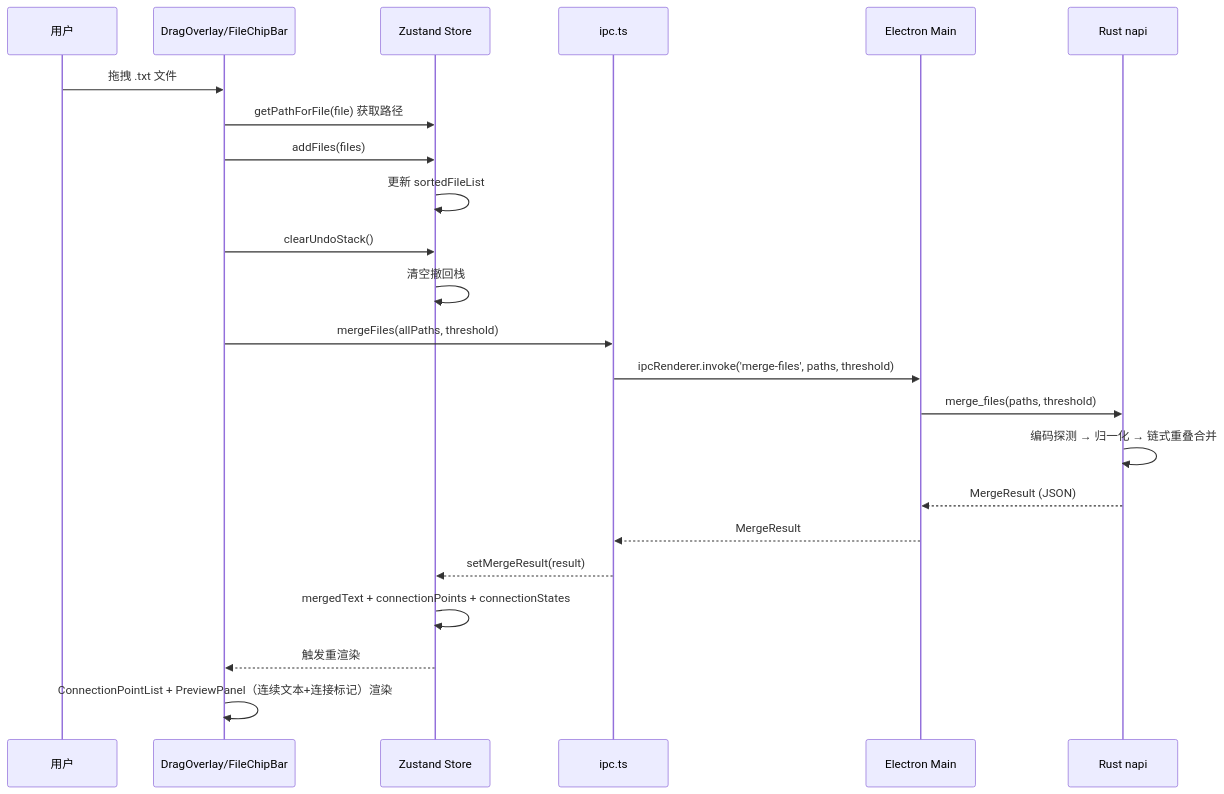
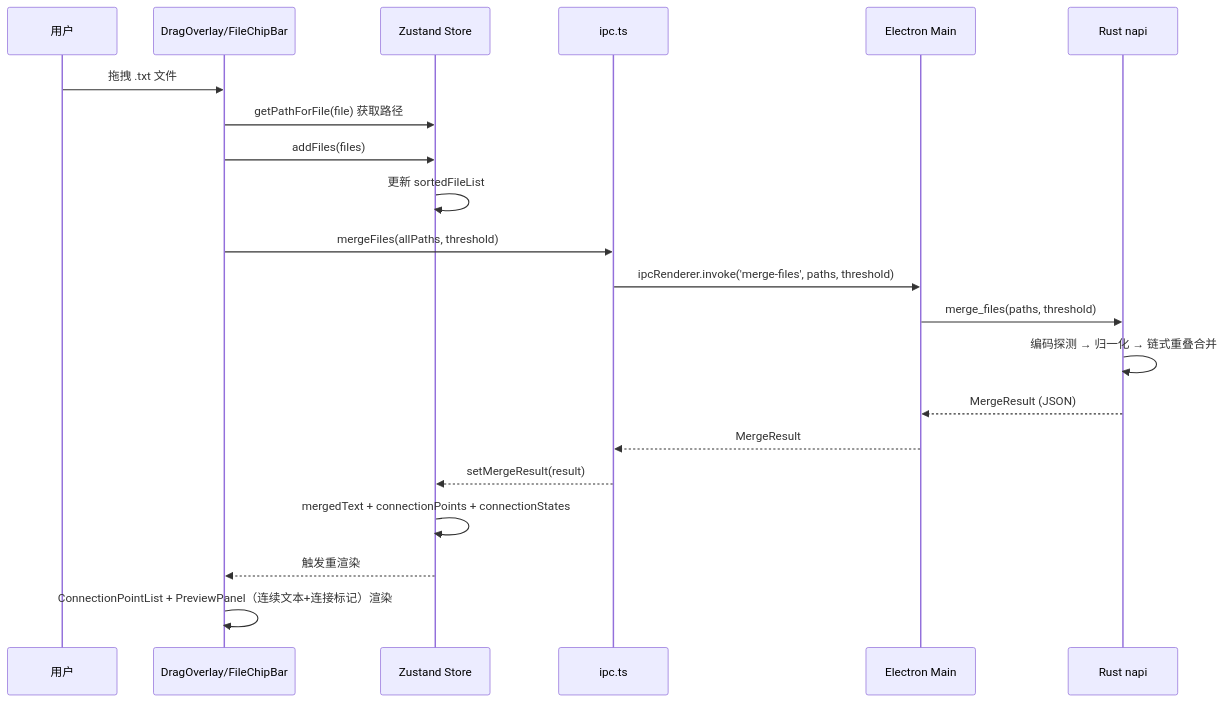
One commit to VickLi/Text-Unifier changed the third of 5 diagrams in 02-architecture/architecture-v4.0.0.md. Above: the diagram before and after it, drawn with Mermaid. The commit also changed other lines of this file and 21 other files, not shown here.

````diff
--- a/02-architecture/architecture-v4.0.0.md
+++ b/02-architecture/architecture-v4.0.0.md
@@ -286,26 +250,24 @@
 ```mermaid
 sequenceDiagram
     participant User as 用户
     participant UI as DragOverlay/FileChipBar
     participant Store as Zustand Store
     participant IPC as ipc.ts
     participant Main as Electron Main
     participant Rust as Rust napi
 
     User->>UI: 拖拽 .txt 文件
     UI->>Store: getPathForFile(file) 获取路径
     UI->>Store: addFiles(files)
     Store->>Store: 更新 sortedFileList
-    UI->>Store: clearUndoStack()
-    Store->>Store: 清空撤回栈
     UI->>IPC: mergeFiles(allPaths, threshold)
     IPC->>Main: ipcRenderer.invoke('merge-files', paths, threshold)
     Main->>Rust: merge_files(paths, threshold)
     Rust->>Rust: 编码探测 → 归一化 → 链式重叠合并
     Rust-->>Main: MergeResult (JSON)
     Main-->>IPC: MergeResult
     IPC-->>Store: setMergeResult(result)
     Store->>Store: mergedText + connectionPoints + connectionStates
     Store-->>UI: 触发重渲染
     UI->>UI: ConnectionPointList + PreviewPanel（连续文本+连接标记）渲染
 ```
````
